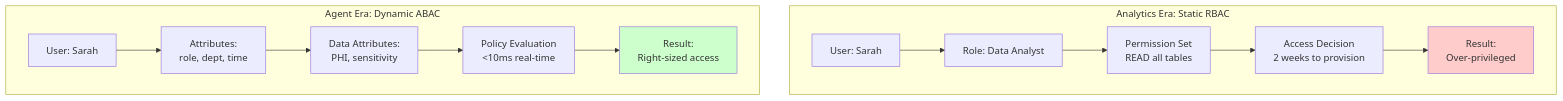
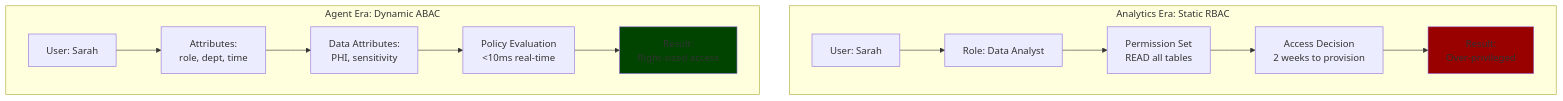
The fifth of 8 diagrams in chapter-00/chapter_00_complete.md (colaberry/enterprise-data-readiness-ai-agents), drawn with Mermaid before and after one commit. The commit also changed other lines of this file, not shown here.

````diff
--- a/chapter-00/chapter_00_complete.md
+++ b/chapter-00/chapter_00_complete.md
@@ -337,19 +338,19 @@
 ```mermaid
 graph TB
     subgraph "Analytics Era: Static RBAC"
         A1[User: Sarah] --> A2[Role: Data Analyst]
         A2 --> A3[Permission Set<br/>READ all tables]
         A3 --> A4[Access Decision<br/>2 weeks to provision]
         A4 --> A5[Result:<br/>Over-privileged]
     end
     
     subgraph "Agent Era: Dynamic ABAC"
         B1[User: Sarah] --> B2[Attributes:<br/>role, dept, time]
         B2 --> B3[Data Attributes:<br/>PHI, sensitivity]
         B3 --> B4[Policy Evaluation<br/><10ms real-time]
         B4 --> B5[Result:<br/>Right-sized access]
     end
     
-    style A5 fill:#ffcccc
-    style B5 fill:#ccffcc
+    style A5 fill:#990000
+    style B5 fill:#004400
 ```
````
